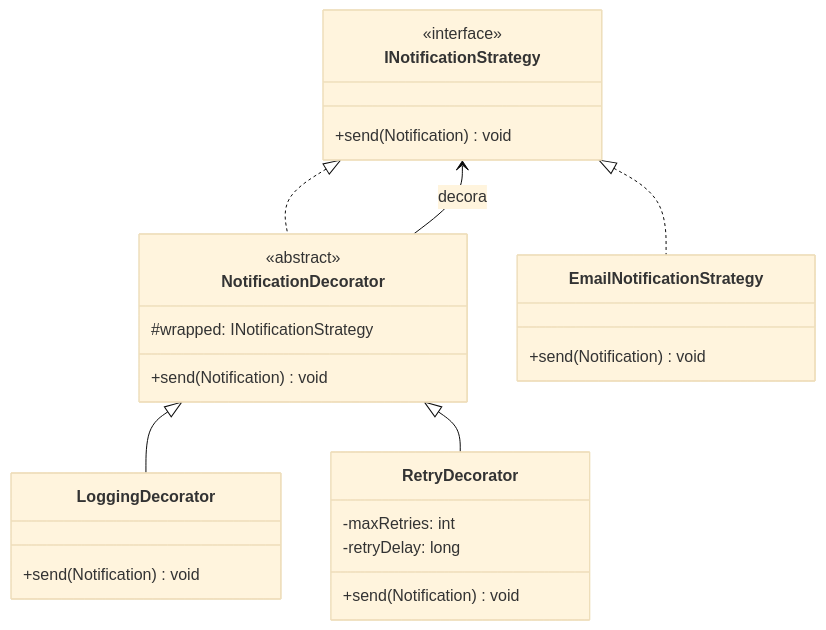
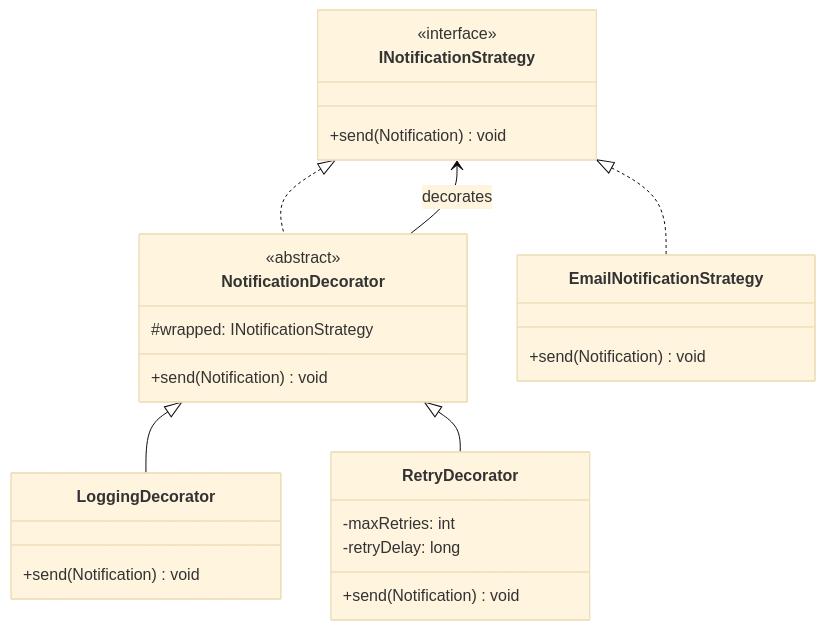
Before and after one commit to Jhonatan-Gutemberg/NotifyHub: the third of 7 diagrams in docs/README.md, drawn with Mermaid (base theme). The commit also changed other lines of this file, not shown here.

````diff
--- a/docs/README.md
+++ b/docs/README.md
@@ -112,33 +112,33 @@
 ```mermaid
 classDiagram
     class INotificationStrategy {
         <<interface>>
         +send(Notification) void
     }
     
     class NotificationDecorator {
         <<abstract>>
         #wrapped: INotificationStrategy
         +send(Notification) void
     }
     
     class LoggingDecorator {
         +send(Notification) void
     }
     
     class RetryDecorator {
         -maxRetries: int
         -retryDelay: long
         +send(Notification) void
     }
     
     class EmailNotificationStrategy {
         +send(Notification) void
     }
     
     INotificationStrategy <|.. NotificationDecorator
     NotificationDecorator <|-- LoggingDecorator
     NotificationDecorator <|-- RetryDecorator
     INotificationStrategy <|.. EmailNotificationStrategy
-    NotificationDecorator --> INotificationStrategy : decora
+    NotificationDecorator --> INotificationStrategy : decorates
 ```
````
